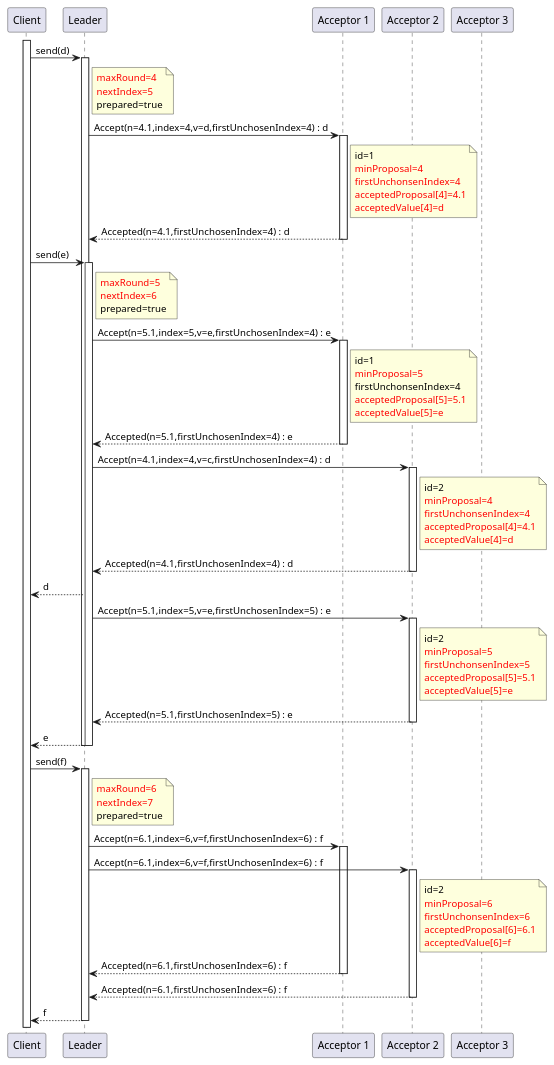
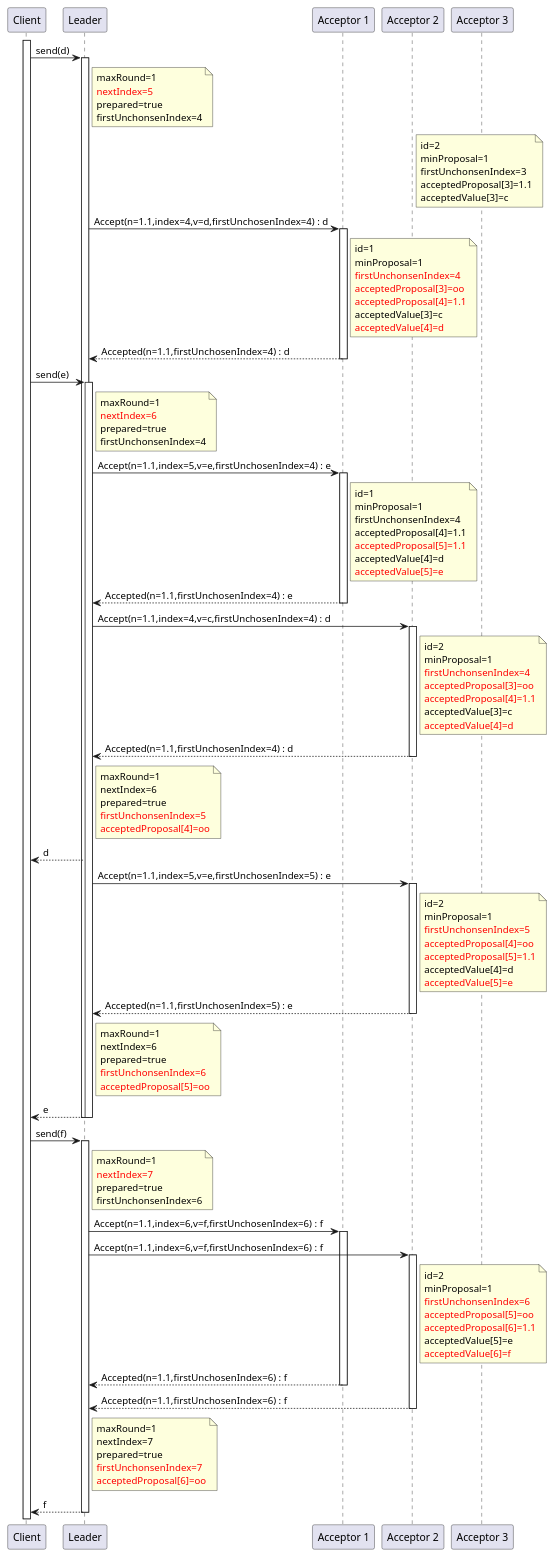
Before and after one commit to nocnob/notfound: the third of 4 diagrams in src/pages/posts/distribution-paxos-multi.adoc, drawn with PlantUML. The commit also changed other lines of this file and 3 other files, not shown here.

```diff
--- a/src/pages/posts/distribution-paxos-multi.adoc
+++ b/src/pages/posts/distribution-paxos-multi.adoc
@@ -230,67 +256,96 @@
 c -> l : send(d)
 activate l
 note right l
-    <font color=red>maxRound=4
+    maxRound=1
     <font color=red>nextIndex=5
     prepared=true
+    firstUnchonsenIndex=4
 end note
-
-    l -> a1 : Accept(n=4.1,index=4,v=d,firstUnchosenIndex=4) : d
+note right a2
+    id=2
+    minProposal=1
+    firstUnchonsenIndex=3
+    acceptedProposal[3]=1.1
+    acceptedValue[3]=c
+end note
+    l -> a1 : Accept(n=1.1,index=4,v=d,firstUnchosenIndex=4) : d
     activate a1
     note right a1
         id=1
-        <font color=red>minProposal=4
+        minProposal=1
         <font color=red>firstUnchonsenIndex=4
-        <font color=red>acceptedProposal[4]=4.1
+        <font color=red>acceptedProposal[3]=oo
+        <font color=red>acceptedProposal[4]=1.1
+        acceptedValue[3]=c
         <font color=red>acceptedValue[4]=d
     end note
-    l <-- a1 : Accepted(n=4.1,firstUnchosenIndex=4) : d
+    l <-- a1 : Accepted(n=1.1,firstUnchosenIndex=4) : d
     deactivate a1
 
 c -> l : send(e)
 activate l
 note right l
-    <font color=red>maxRound=5
+    maxRound=1
     <font color=red>nextIndex=6
     prepared=true
+    firstUnchonsenIndex=4
 end note
-
-    l -> a1 : Accept(n=5.1,index=5,v=e,firstUnchosenIndex=4) : e
+    l -> a1 : Accept(n=1.1,index=5,v=e,firstUnchosenIndex=4) : e
     activate a1
     note right a1
         id=1
-        <font color=red>minProposal=5
+        minProposal=1
         firstUnchonsenIndex=4
-        <font color=red>acceptedProposal[5]=5.1
+        acceptedProposal[4]=1.1
+        <font color=red>acceptedProposal[5]=1.1
+        acceptedValue[4]=d
         <font color=red>acceptedValue[5]=e
     end note
-    l <-- a1 : Accepted(n=5.1,firstUnchosenIndex=4) : e
+    l <-- a1 : Accepted(n=1.1,firstUnchosenIndex=4) : e
     deactivate a1
 
-    l -> a2 : Accept(n=4.1,index=4,v=c,firstUnchosenIndex=4) : d
+    l -> a2 : Accept(n=1.1,index=4,v=c,firstUnchosenIndex=4) : d
     activate a2
     note right a2
         id=2
-        <font color=red>minProposal=4
+        minProposal=1
         <font color=red>firstUnchonsenIndex=4
-        <font color=red>acceptedProposal[4]=4.1
+        <font color=red>acceptedProposal[3]=oo
+        <font color=red>acceptedProposal[4]=1.1
+        acceptedValue[3]=c
         <font color=red>acceptedValue[4]=d
     end note
-    l <-- a2 : Accepted(n=4.1,firstUnchosenIndex=4) : d
+    l <-- a2 : Accepted(n=1.1,firstUnchosenIndex=4) : d
     deactivate a2
+    note right l
+        maxRound=1
+        nextIndex=6
+        prepared=true
+        <font color=red>firstUnchonsenIndex=5
+        <font color=red>acceptedProposal[4]=oo
+    end note
 c <-- l : d
 
-    l -> a2 : Accept(n=5.1,index=5,v=e,firstUnchosenIndex=5) : e
+    l -> a2 : Accept(n=1.1,index=5,v=e,firstUnchosenIndex=5) : e
     activate a2
     note right a2
         id=2
-        <font color=red>minProposal=5
+        minProposal=1
         <font color=red>firstUnchonsenIndex=5
-        <font color=red>acceptedProposal[5]=5.1
+        <font color=red>acceptedProposal[4]=oo
+        <font color=red>acceptedProposal[5]=1.1
+        acceptedValue[4]=d
         <font color=red>acceptedValue[5]=e
     end note
-    l <-- a2 : Accepted(n=5.1,firstUnchosenIndex=5) : e
+    l <-- a2 : Accepted(n=1.1,firstUnchosenIndex=5) : e
     deactivate a2
+note right l
+    maxRound=1
+    nextIndex=6
+    prepared=true
+    <font color=red>firstUnchonsenIndex=6
+    <font color=red>acceptedProposal[5]=oo
+end note
 c <-- l : e
 deactivate l
 deactivate l
@@ -298,25 +353,35 @@
 c -> l : send(f)
 activate l
 note right l
-    <font color=red>maxRound=6
+    maxRound=1
     <font color=red>nextIndex=7
     prepared=true
+    firstUnchonsenIndex=6
 end note
-    l -> a1 : Accept(n=6.1,index=6,v=f,firstUnchosenIndex=6) : f
+    l -> a1 : Accept(n=1.1,index=6,v=f,firstUnchosenIndex=6) : f
     activate a1
-    l -> a2 : Accept(n=6.1,index=6,v=f,firstUnchosenIndex=6) : f
+    l -> a2 : Accept(n=1.1,index=6,v=f,firstUnchosenIndex=6) : f
     activate a2
     note right a2
         id=2
-        <font color=red>minProposal=6
+        minProposal=1
         <font color=red>firstUnchonsenIndex=6
-        <font color=red>acceptedProposal[6]=6.1
+        <font color=red>acceptedProposal[5]=oo
+        <font color=red>acceptedProposal[6]=1.1
+        acceptedValue[5]=e
         <font color=red>acceptedValue[6]=f
     end note
-    l <-- a1 : Accepted(n=6.1,firstUnchosenIndex=6) : f
+    l <-- a1 : Accepted(n=1.1,firstUnchosenIndex=6) : f
     deactivate a1
-    l <-- a2 : Accepted(n=6.1,firstUnchosenIndex=6) : f
+    l <-- a2 : Accepted(n=1.1,firstUnchosenIndex=6) : f
     deactivate a2
+note right l
+    maxRound=1
+    nextIndex=7
+    prepared=true
+    <font color=red>firstUnchonsenIndex=7
+    <font color=red>acceptedProposal[6]=oo
+end note
 c <-- l : f
 deactivate l
 @enduml
```
